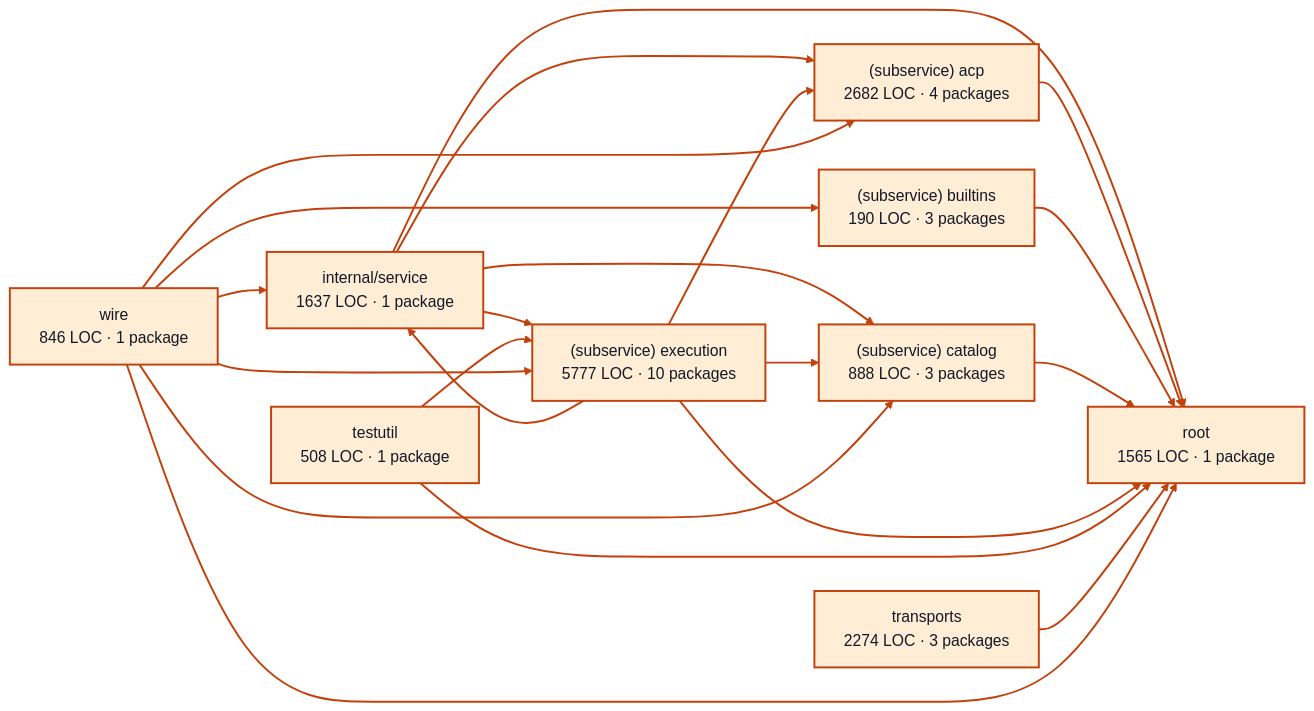
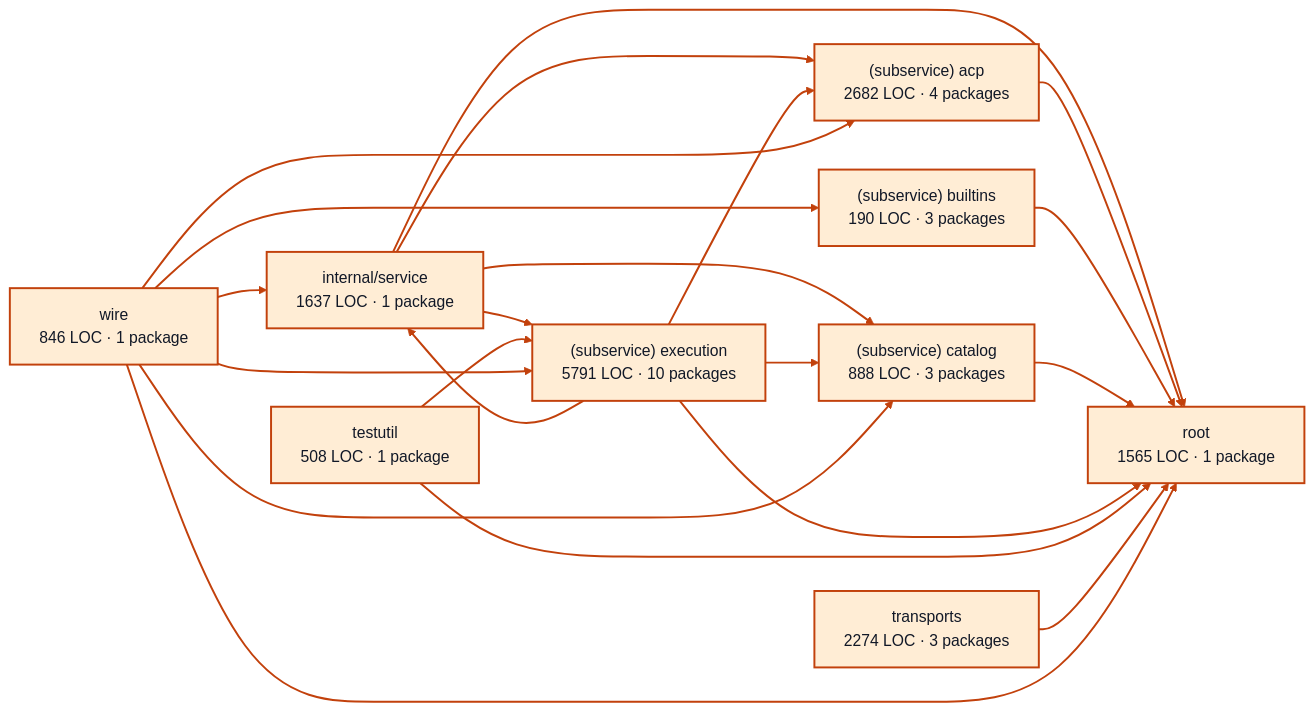
The diagram in docs/architecture/visualizations/services/providers.md (portpowered/you-agent-factory), drawn with Mermaid before and after one commit. The commit also changed other lines of this file and 20 other files, not shown here.

Commit message:
docs: refresh backend architecture visualizations

````diff
--- a/docs/architecture/visualizations/services/providers.md
+++ b/docs/architecture/visualizations/services/providers.md
@@ -11,42 +11,42 @@
 ```mermaid
 flowchart LR
   p0["internal/service<br/>1637 LOC · 1 package"]
   p1["(subservice) acp<br/>2682 LOC · 4 packages"]
   p2["(subservice) builtins<br/>190 LOC · 3 packages"]
   p3["(subservice) catalog<br/>888 LOC · 3 packages"]
-  p4["(subservice) execution<br/>5777 LOC · 10 packages"]
+  p4["(subservice) execution<br/>5791 LOC · 10 packages"]
   p5["testutil<br/>508 LOC · 1 package"]
   p6["root<br/>1565 LOC · 1 package"]
   p7["transports<br/>2274 LOC · 3 packages"]
   p8["wire<br/>846 LOC · 1 package"]
   p0 --> p1
   p0 --> p3
   p0 --> p4
   p0 --> p6
   p1 --> p6
   p2 --> p6
   p3 --> p6
   p4 --> p0
   p4 --> p1
   p4 --> p3
   p4 --> p6
   p5 --> p4
   p5 --> p6
   p7 --> p6
   p8 --> p0
   p8 --> p1
   p8 --> p2
   p8 --> p3
   p8 --> p4
   p8 --> p6
   style p0 fill:#ffedd5,stroke:#c2410c,stroke-width:2px,color:#111827
   style p1 fill:#ffedd5,stroke:#c2410c,stroke-width:2px,color:#111827
   style p2 fill:#ffedd5,stroke:#c2410c,stroke-width:2px,color:#111827
   style p3 fill:#ffedd5,stroke:#c2410c,stroke-width:2px,color:#111827
   style p4 fill:#ffedd5,stroke:#c2410c,stroke-width:2px,color:#111827
   style p5 fill:#ffedd5,stroke:#c2410c,stroke-width:2px,color:#111827
   style p6 fill:#ffedd5,stroke:#c2410c,stroke-width:2px,color:#111827
   style p7 fill:#ffedd5,stroke:#c2410c,stroke-width:2px,color:#111827
   style p8 fill:#ffedd5,stroke:#c2410c,stroke-width:2px,color:#111827
   linkStyle default stroke:#c2410c,stroke-width:2px
 ```
````
